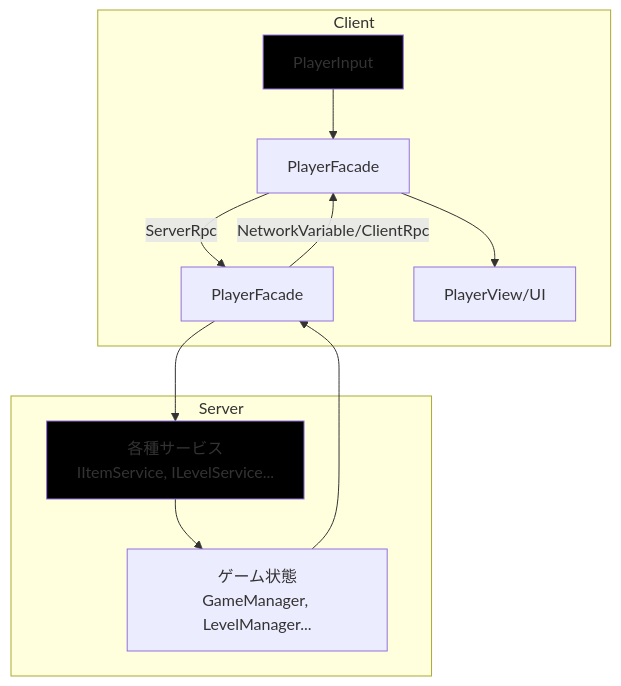
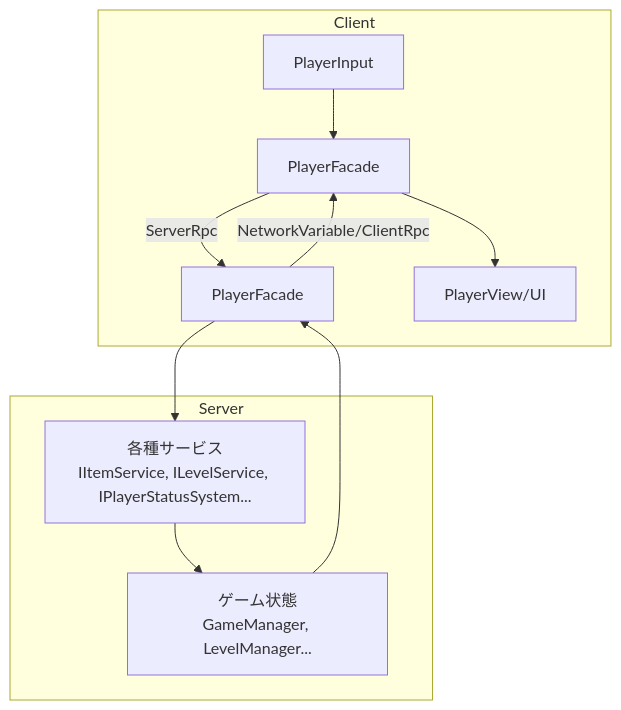
Before and after one commit to C4P3/TypingSurvivor: the diagram in Assets/_Project/Architecture-Overview.md, drawn with Mermaid. The commit also changed other lines of this file and 11 other files, not shown here.

````diff
--- a/Assets/_Project/Architecture-Overview.md
+++ b/Assets/_Project/Architecture-Overview.md
@@ -35,18 +35,15 @@
 ```mermaid
 graph TD  
     subgraph Client  
         C_Input[PlayerInput] --> C_Facade[PlayerFacade];  
         C_Facade -- ServerRpc --> S_Facade;  
         S_Facade -- NetworkVariable/ClientRpc --> C_Facade;  
         C_Facade --> C_View[PlayerView/UI];  
     end
     
     subgraph Server  
-        S_Facade[PlayerFacade] --> S_Services[各種サービス<br>IItemService, ILevelService...];  
+        S_Facade[PlayerFacade] --> S_Services[各種サービス<br>IItemService, ILevelService, IPlayerStatusSystem...];  
         S_Services --> S_GameState[ゲーム状態<br>GameManager, LevelManager...];  
         S_GameState --> S_Facade;  
     end
-
-    style C_Input fill:#000000  
-    style S_Services fill:#000000
 ```
````
